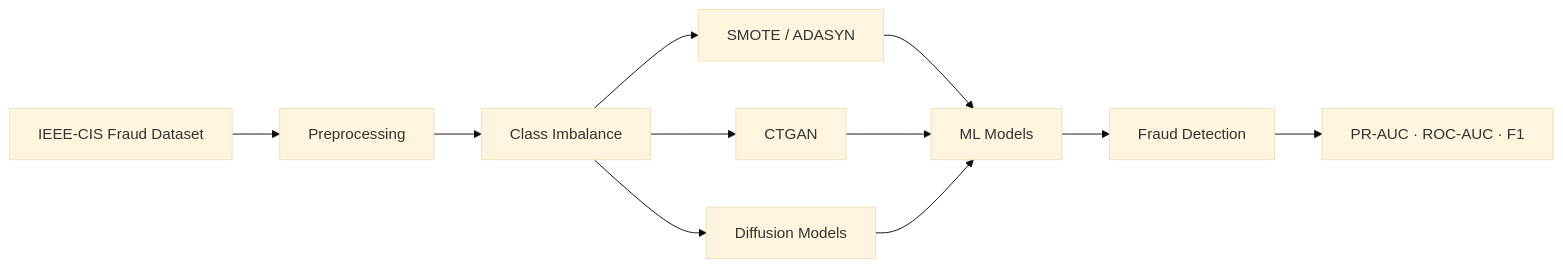
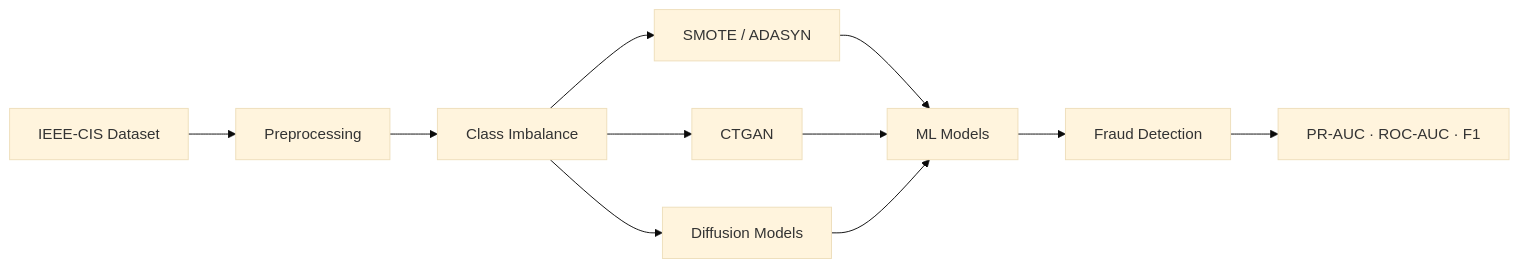
One commit to amineemohamed/amineemohamed changed the second of 2 diagrams in README.md. Above: the diagram before and after it, drawn with Mermaid (base theme). The commit also changed other lines of this file, not shown here.

````diff
--- a/README.md
+++ b/README.md
@@ -107,13 +90,13 @@
 ```mermaid
 flowchart LR
-    A[IEEE-CIS Fraud Dataset] --> B[Preprocessing]
+    A[IEEE-CIS Dataset] --> B[Preprocessing]
     B --> C[Class Imbalance]
     C --> D[SMOTE / ADASYN]
     C --> E[CTGAN]
     C --> F[Diffusion Models]
     D --> G[ML Models]
     E --> G
     F --> G
     G --> H[Fraud Detection]
     H --> I[PR-AUC · ROC-AUC · F1]
 ```
````
